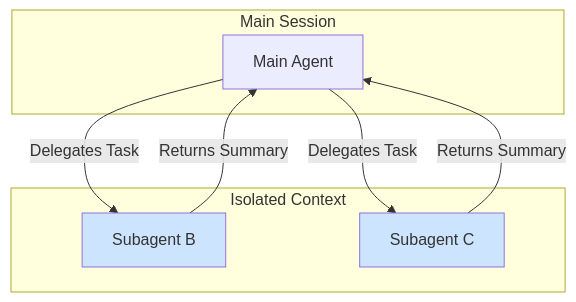
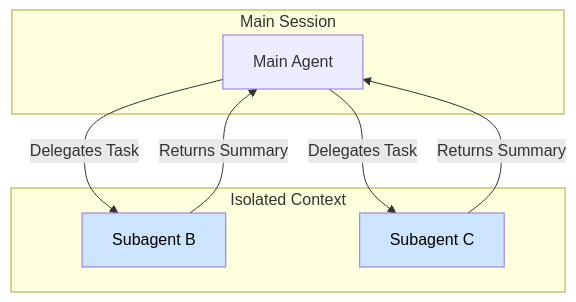
The fourth of 5 diagrams in src/content/docs/docs/ai-assisted-development/claude-code-command-operation-logic.md (hyoguoo/hyoguoo.github.io), drawn with Mermaid before and after one commit. The commit also changed other lines of this file and 8 other files, not shown here.

Commit message:
mod: 가독성을 위한 mermaid 색상 수정

````diff
--- a/src/content/docs/docs/ai-assisted-development/claude-code-command-operation-logic.md
+++ b/src/content/docs/docs/ai-assisted-development/claude-code-command-operation-logic.md
@@ -230,16 +230,16 @@
 ```mermaid
 graph TD
     subgraph Main Session
         A[Main Agent]
     end
     subgraph "Isolated Context"
         B[Subagent B]
         C[Subagent C]
     end
     A -- " Delegates Task " --> B;
     A -- " Delegates Task " --> C;
     B -- " Returns Summary " --> A;
     C -- " Returns Summary " --> A;
-    style B fill: #cde4ff
-    style C fill: #cde4ff
+    style B fill: #cde4ff, color: #000
+    style C fill: #cde4ff, color: #000
 ```
````
